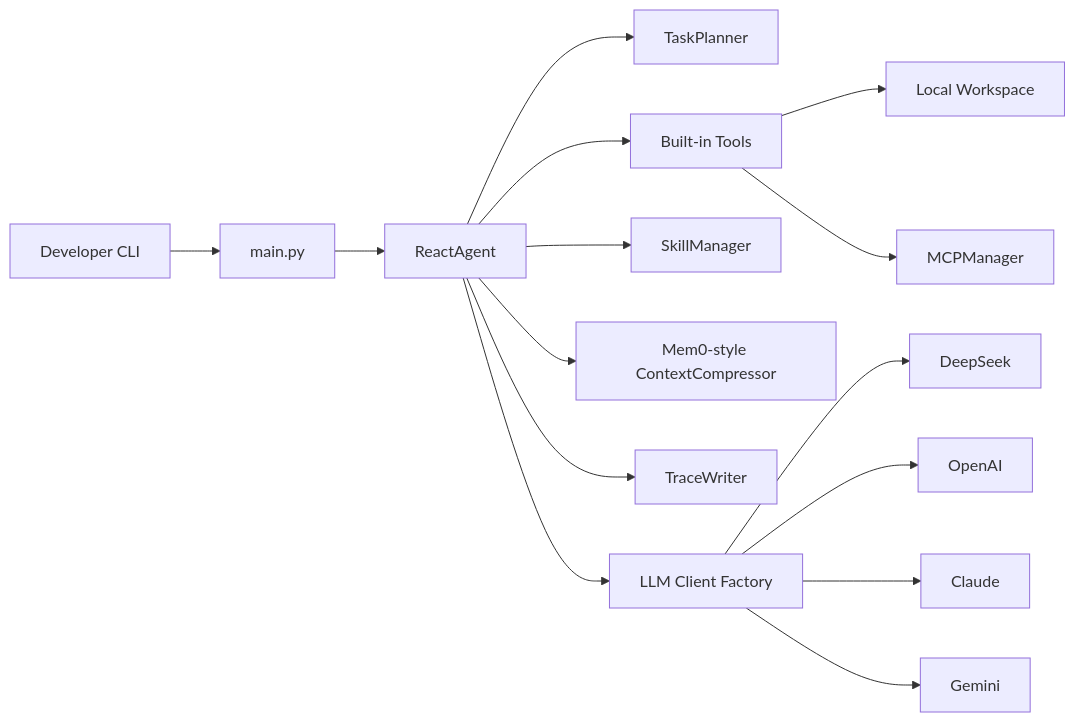
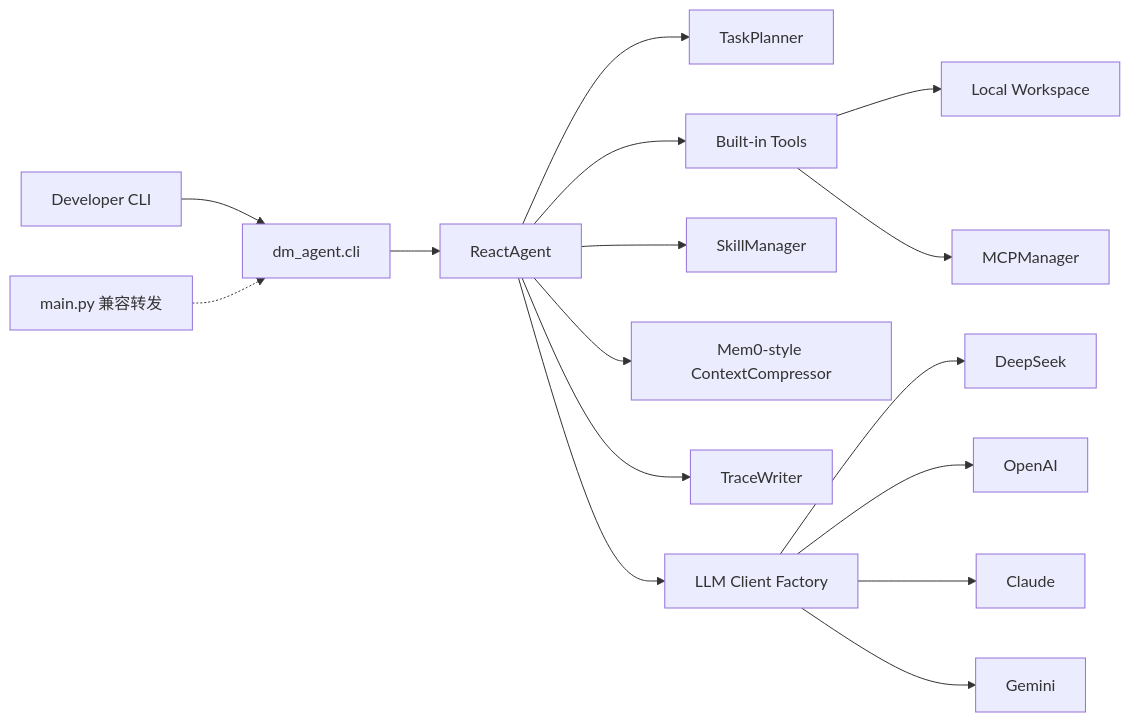
Before and after one commit to hwfengcs/DM-Code-Agent: the diagram in README.md, drawn with Mermaid. The commit also changed other lines of this file and 5 other files, not shown here.

````diff
--- a/README.md
+++ b/README.md
@@ -229,17 +229,18 @@
 ```mermaid
 flowchart LR
-    User[Developer CLI] --> Main[main.py]
-    Main --> Agent[ReactAgent]
+    User[Developer CLI] --> CLI[dm_agent.cli]
+    Compat[main.py 兼容转发] -.-> CLI
+    CLI --> Agent[ReactAgent]
     Agent --> Planner[TaskPlanner]
     Agent --> Tools[Built-in Tools]
     Agent --> Skills[SkillManager]
     Agent --> Memory[Mem0-style ContextCompressor]
     Agent --> Trace[TraceWriter]
     Tools --> Workspace[Local Workspace]
     Tools --> MCP[MCPManager]
     Agent --> LLM[LLM Client Factory]
     LLM --> DeepSeek
     LLM --> OpenAI
     LLM --> Claude
     LLM --> Gemini
 ```
````
